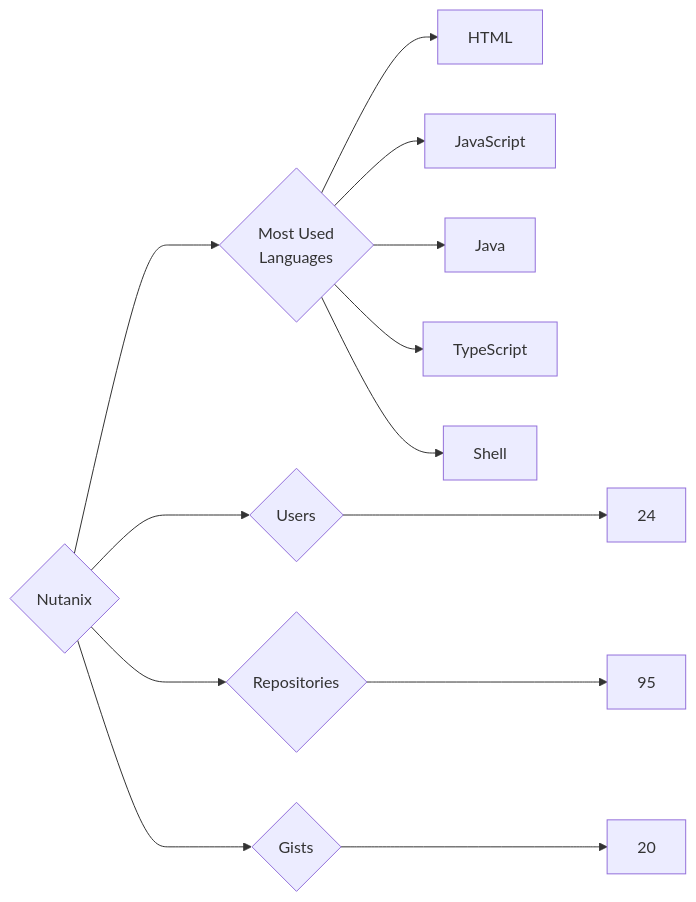
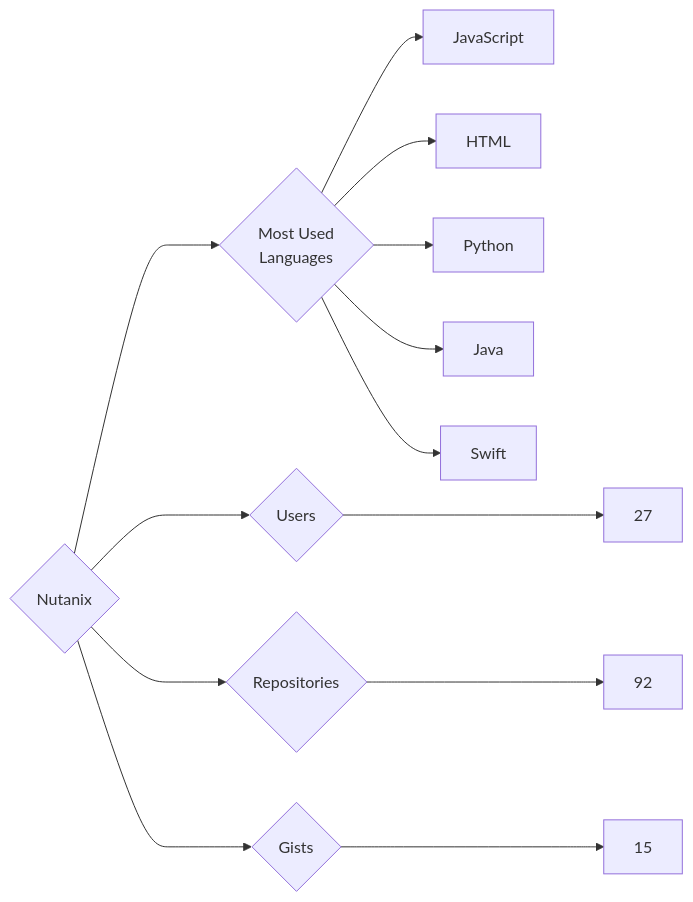
One commit to trickest/insiders changed the diagram in targets/Nutanix/README.md. Above: the diagram before and after it, drawn with Mermaid. The commit also changed 969 other files, not shown here.

````diff
--- a/targets/Nutanix/README.md
+++ b/targets/Nutanix/README.md
@@ -3,13 +3,13 @@
 ```mermaid
 graph LR
 COMPANY_NAME{Nutanix}
-COMPANY_NAME ---> U{Users} ---> UN[24]
-COMPANY_NAME ---> R{Repositories} ---> RN[95]
-COMPANY_NAME ---> G{Gists} ---> GN[20]
+COMPANY_NAME ---> U{Users} ---> UN[27]
+COMPANY_NAME ---> R{Repositories} ---> RN[92]
+COMPANY_NAME ---> G{Gists} ---> GN[15]
 COMPANY_NAME ---> ML{Most Used<br>Languages}
+ML --> JavaScript[JavaScript]
 ML --> HTML[HTML]
-ML --> JavaScript[JavaScript]
+ML --> Python[Python]
 ML --> Java[Java]
-ML --> TypeScript[TypeScript]
-ML --> Shell[Shell]
+ML --> Swift[Swift]
 ```
````
